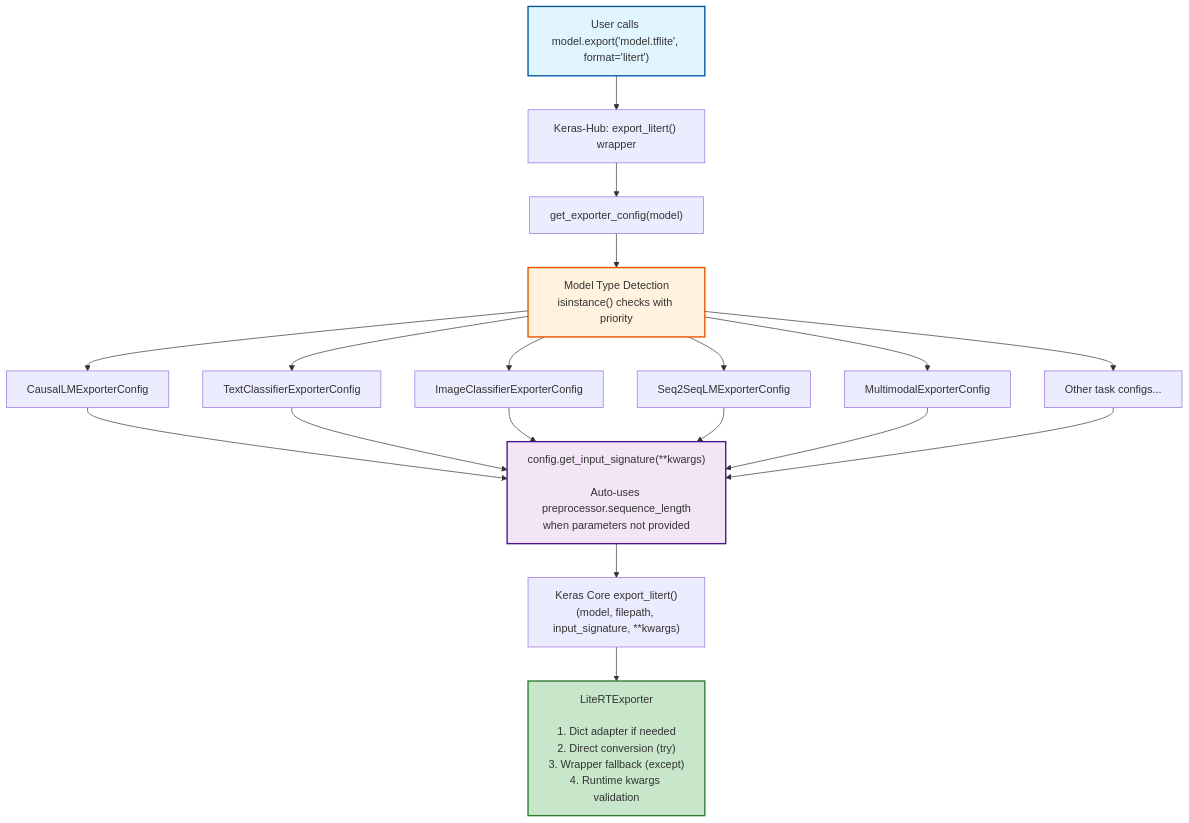
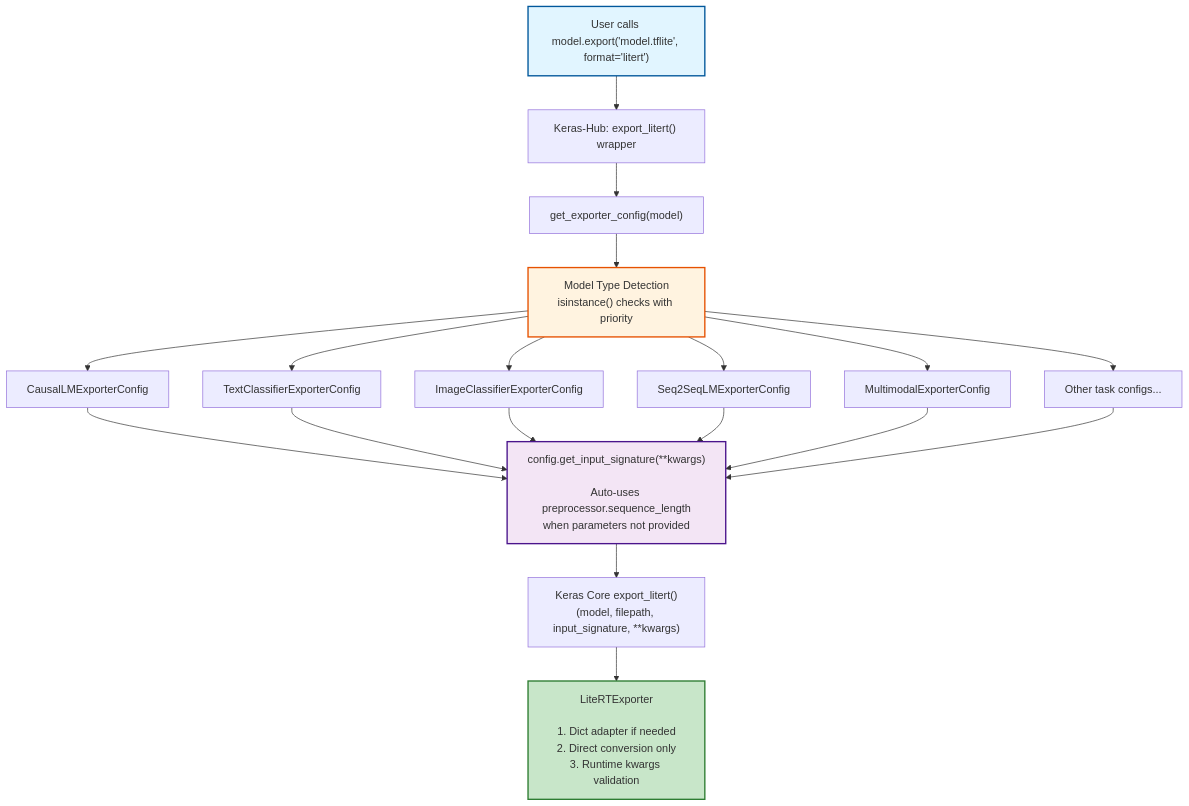
The fifth of 6 diagrams in LiteRT Export design doc reviewed.md (pctablet505/litert-export-docs), drawn with Mermaid before and after one commit. The commit also changed other lines of this file, not shown here.

Commit message:
Update LiteRT Export design doc reviewed.md

````diff
--- a/LiteRT Export design doc reviewed.md
+++ b/LiteRT Export design doc reviewed.md
@@ -460,43 +464,43 @@
 ```mermaid
 flowchart TB
     A["User calls model.export('model.tflite', format='litert')"]
     B["Keras-Hub: export_litert() wrapper"]
     C["get_exporter_config(model)"]
     D["Model Type Detection<br/>isinstance() checks with priority"]
     
     E1["CausalLMExporterConfig"]
     E2["TextClassifierExporterConfig"]
     E3["ImageClassifierExporterConfig"]
     E4["Seq2SeqLMExporterConfig"]
     E5["MultimodalExporterConfig"]
     E6["Other task configs..."]
     
     F["config.get_input_signature(**kwargs)<br/><br/>Auto-uses preprocessor.sequence_length<br/>when parameters not provided"]
     G["Keras Core export_litert()<br/>(model, filepath, input_signature, **kwargs)"]
-    H["LiteRTExporter<br/><br/>1. Dict adapter if needed<br/>2. Direct conversion (try)<br/>3. Wrapper fallback (except)<br/>4. Runtime kwargs validation"]
+    H["LiteRTExporter<br/><br/>1. Dict adapter if needed<br/>2. Direct conversion only<br/>3. Runtime kwargs validation"]
     
     A --> B
     B --> C
     C --> D
     D --> E1
     D --> E2
     D --> E3
     D --> E4
     D --> E5
     D --> E6
     
     E1 --> F
     E2 --> F
     E3 --> F
     E4 --> F
     E5 --> F
     E6 --> F
     
     F --> G
     G --> H
     
     style A fill:#e1f5ff,stroke:#01579b,stroke-width:2px
     style D fill:#fff3e0,stroke:#e65100,stroke-width:2px
     style F fill:#f3e5f5,stroke:#4a148c,stroke-width:2px
     style H fill:#c8e6c9,stroke:#2e7d32,stroke-width:2px
 ```
````
